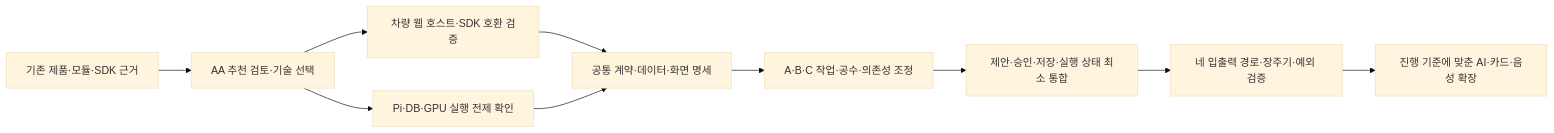
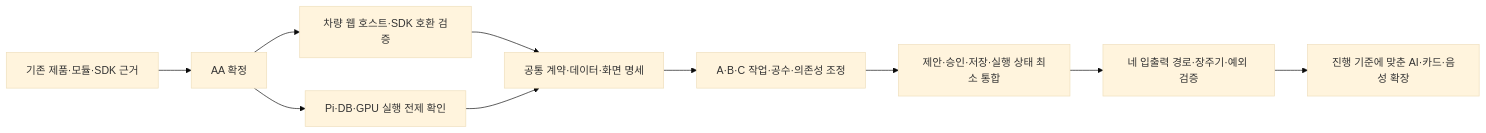
Before and after one commit to devdubu/ruple: the diagram in docs/meetings/2026-10-27-aa-and-sharing.md, drawn with Mermaid (base theme). The commit also changed other lines of this file and 19 other files, not shown here.

Commit message:
feat: add Ruple project harness and finalize architecture

````diff
--- a/docs/meetings/2026-10-27-aa-and-sharing.md
+++ b/docs/meetings/2026-10-27-aa-and-sharing.md
@@ -66,12 +68,12 @@
 ```mermaid
 flowchart LR
-    baseline["기존 제품·모듈·SDK 근거"] --> aa["AA 추천 검토·기술 선택"]
+    baseline["기존 제품·모듈·SDK 근거"] --> aa["AA 확정"]
     aa --> car["차량 웹 호스트·SDK 호환 검증"]
     aa --> infra["Pi·DB·GPU 실행 전제 확인"]
     car --> contracts["공통 계약·데이터·화면 명세"]
     infra --> contracts
     contracts --> plan["A·B·C 작업·공수·의존성 조정"]
     plan --> core["제안·승인·저장·실행 상태 최소 통합"]
     core --> paths["네 입출력 경로·장주기·예외 검증"]
     paths --> extension["진행 기준에 맞춘 AI·카드·음성 확장"]
 ```
````
